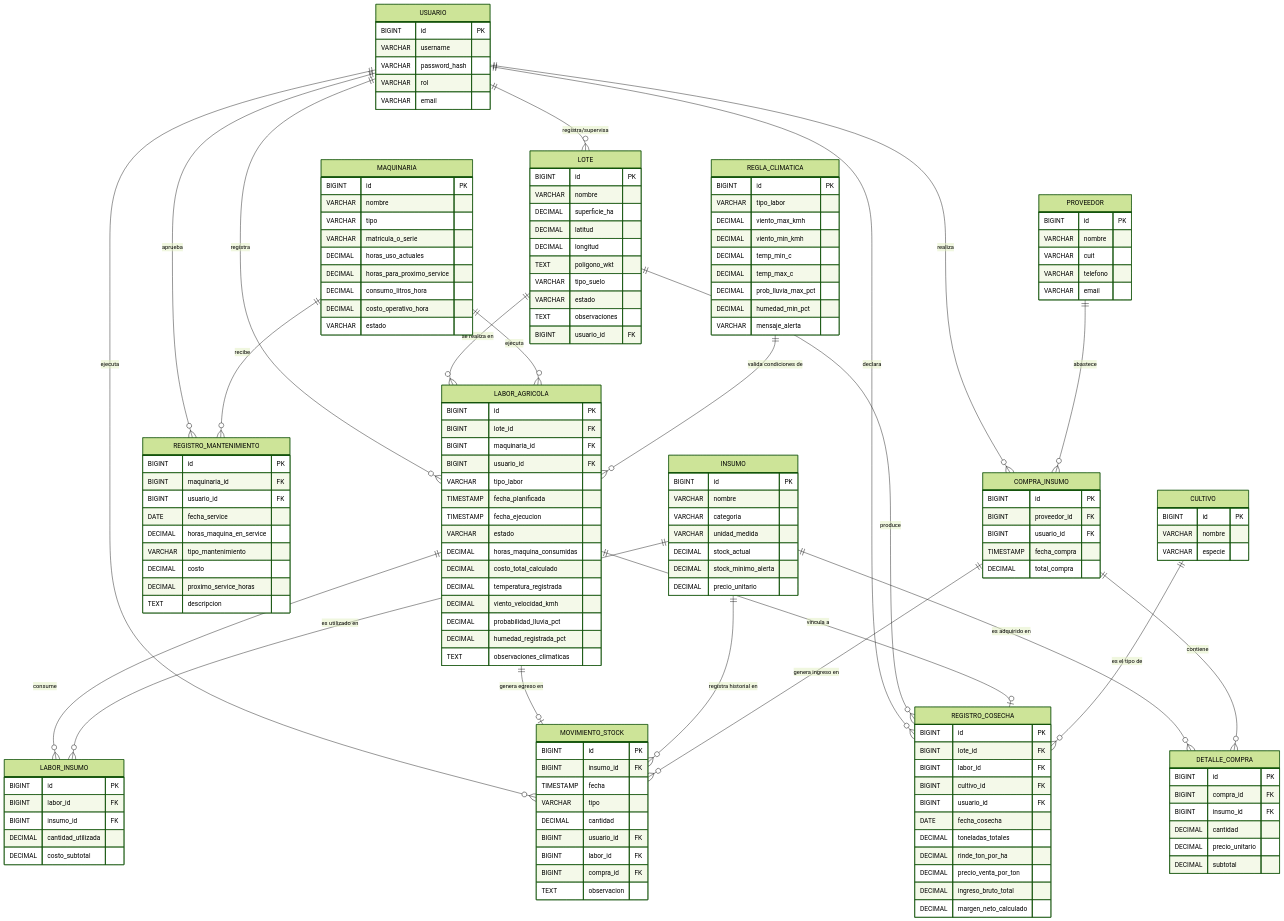
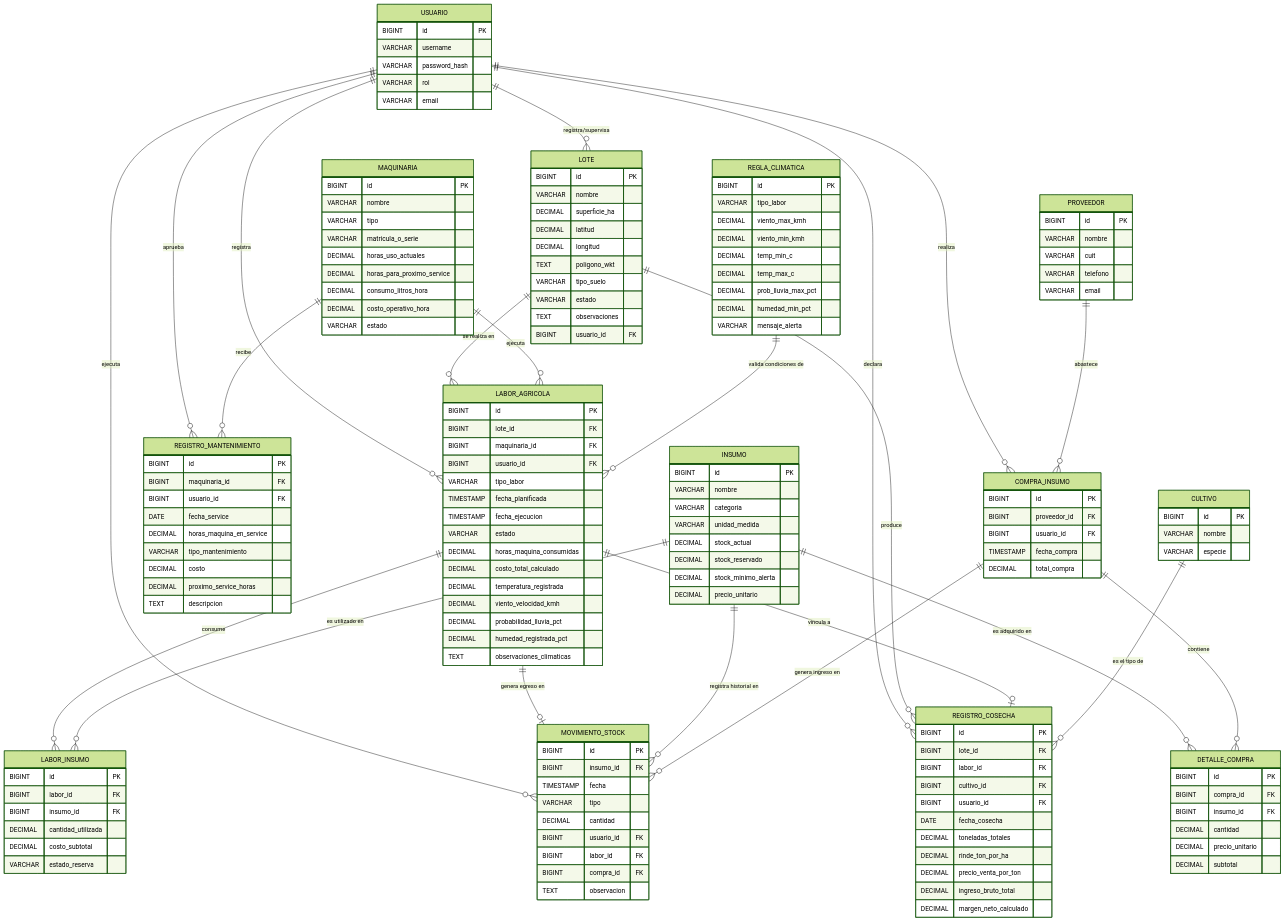
Before and after one commit to EmaRuidiaz/tupad_tfi_grupo_107: the diagram in docs/entrega-2/split_docs/02_modelo_der.md, drawn with Mermaid (forest theme). The commit also changed other lines of this file and 1 other file, not shown here.

```diff
--- a/docs/entrega-2/split_docs/02_modelo_der.md
+++ b/docs/entrega-2/split_docs/02_modelo_der.md
@@ -103,6 +103,7 @@
         VARCHAR categoria
         VARCHAR unidad_medida
         DECIMAL stock_actual
+        DECIMAL stock_reservado
         DECIMAL stock_minimo_alerta
         DECIMAL precio_unitario
     }
@@ -155,6 +156,7 @@
         BIGINT insumo_id FK
         DECIMAL cantidad_utilizada
         DECIMAL costo_subtotal
+        VARCHAR estado_reserva
     }
 
     REGISTRO_COSECHA {
```
